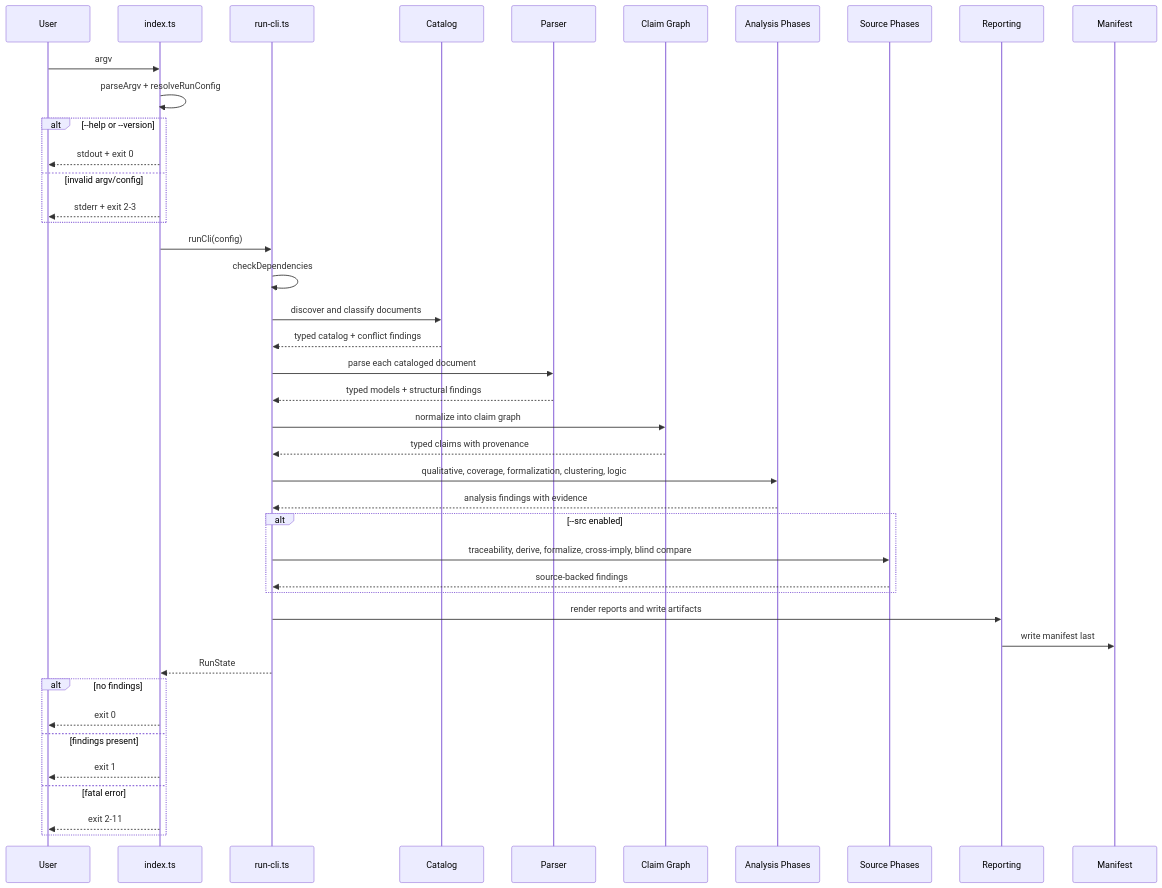
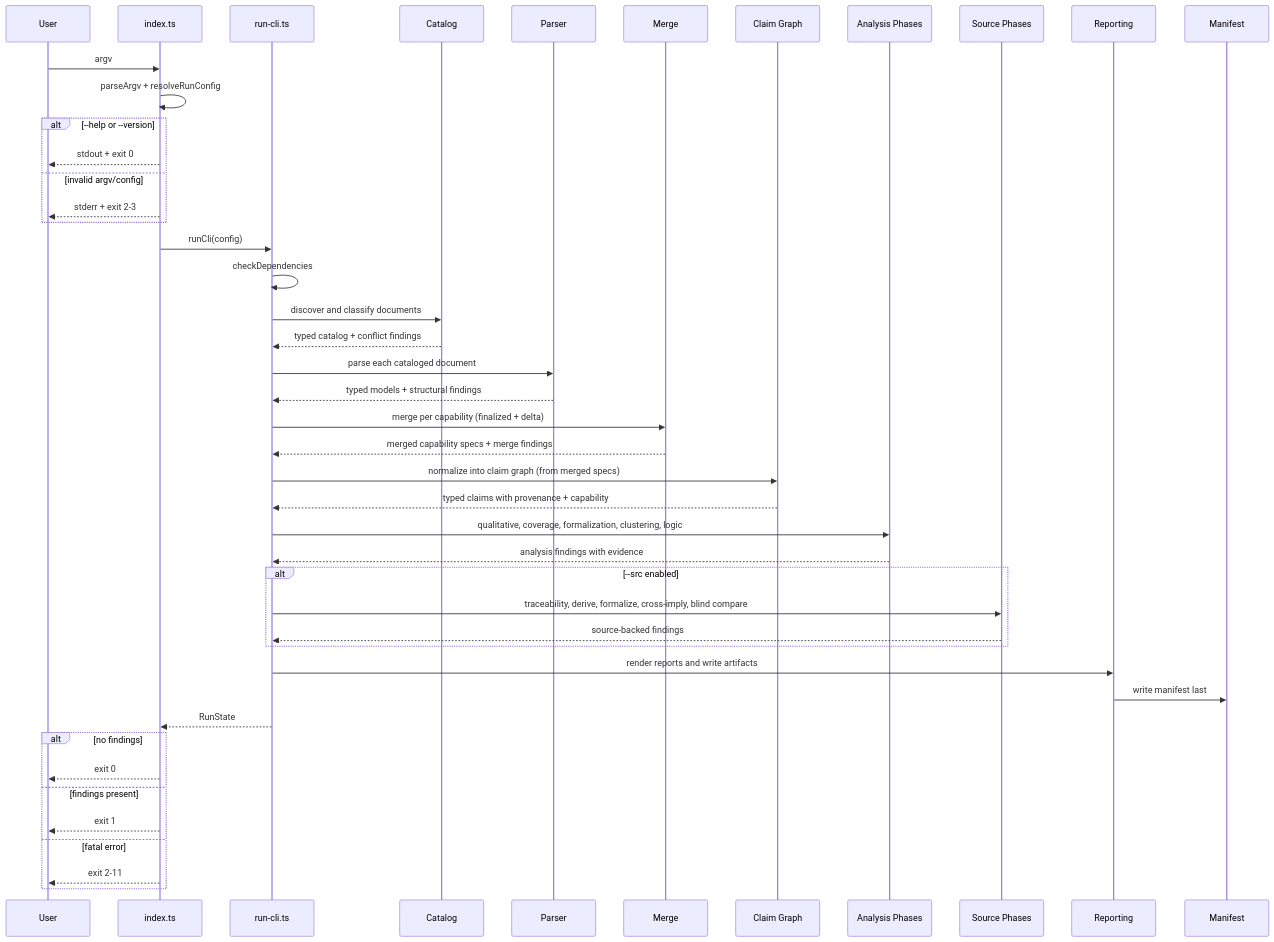
The tenth of 13 diagrams in docs/design.md (ohpauleez/spec-check), drawn with Mermaid before and after one commit. The commit also changed other lines of this file and 48 other files, not shown here.

Commit message:
spec-check should merge the claims of a Delta spec onto the core specs during logical analysis

````diff
--- a/docs/design.md
+++ b/docs/design.md
@@ -888,45 +911,48 @@
 ```mermaid
 sequenceDiagram
     participant U as User
     participant I as index.ts
     participant C as run-cli.ts
     participant Cat as Catalog
     participant P as Parser
+    participant MG as Merge
     participant CG as Claim Graph
     participant A as Analysis Phases
     participant S as Source Phases
     participant R as Reporting
     participant M as Manifest
 
     U->>I: argv
     I->>I: parseArgv + resolveRunConfig
     alt --help or --version
         I-->>U: stdout + exit 0
     else invalid argv/config
         I-->>U: stderr + exit 2-3
     end
     I->>C: runCli(config)
     C->>C: checkDependencies
     C->>Cat: discover and classify documents
     Cat-->>C: typed catalog + conflict findings
     C->>P: parse each cataloged document
     P-->>C: typed models + structural findings
-    C->>CG: normalize into claim graph
-    CG-->>C: typed claims with provenance
+    C->>MG: merge per capability (finalized + delta)
+    MG-->>C: merged capability specs + merge findings
+    C->>CG: normalize into claim graph (from merged specs)
+    CG-->>C: typed claims with provenance + capability
     C->>A: qualitative, coverage, formalization, clustering, logic
     A-->>C: analysis findings with evidence
     alt --src enabled
         C->>S: traceability, derive, formalize, cross-imply, blind compare
         S-->>C: source-backed findings
     end
     C->>R: render reports and write artifacts
     R->>M: write manifest last
     C-->>I: RunState
     alt no findings
         I-->>U: exit 0
     else findings present
         I-->>U: exit 1
     else fatal error
         I-->>U: exit 2-11
     end
 ```
````
